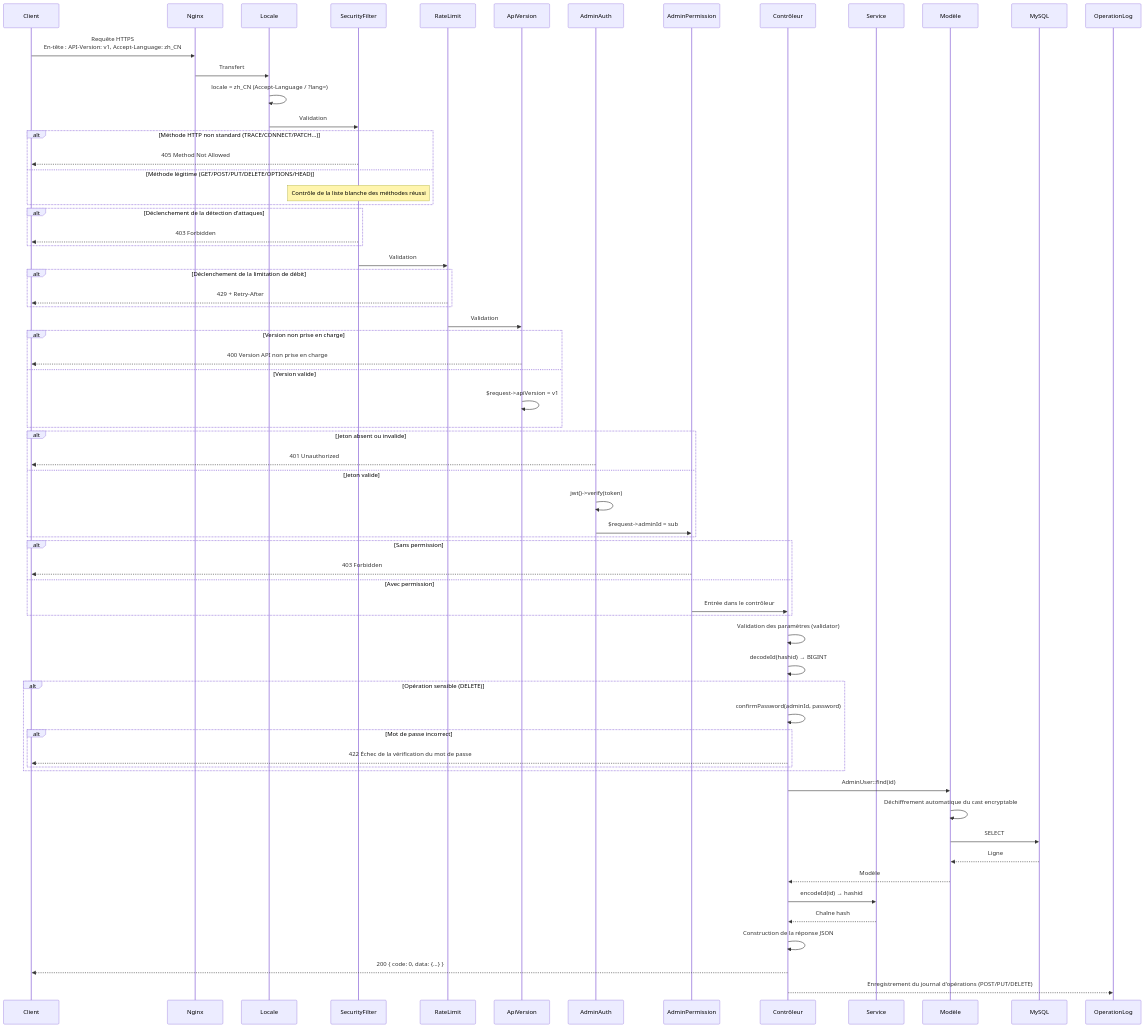
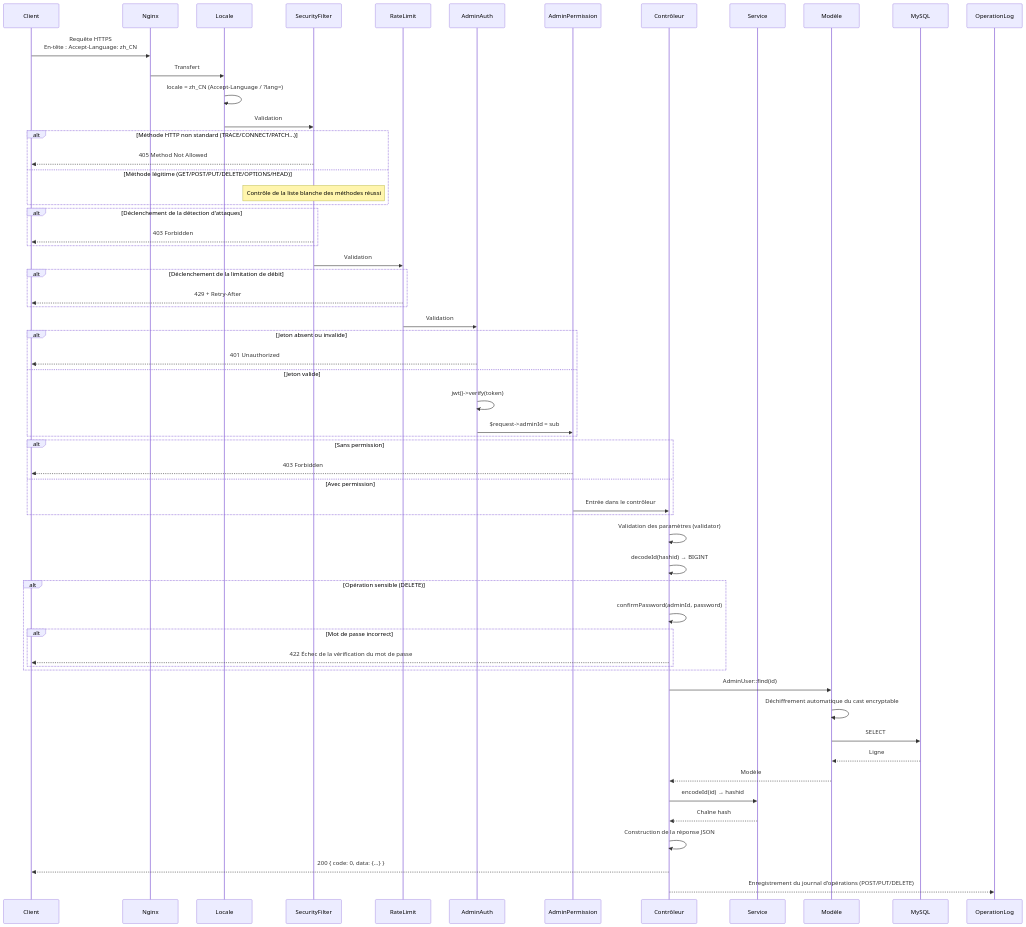
Before and after one commit to erikwang2013/integrated-global-logistics: the third of 14 diagrams in admin/docs/ARCHITECTURE.fr.md, drawn with Mermaid. The commit also changed other lines of this file and 147 other files, not shown here.

First line of the commit message:
feat(api): API 版本号移入 URL 路径（/api/v1），移除 API-Version 头机制

````diff
--- a/admin/docs/ARCHITECTURE.fr.md
+++ b/admin/docs/ARCHITECTURE.fr.md
@@ -147,82 +145,75 @@
 ```mermaid
 sequenceDiagram
     participant C as Client
     participant N as Nginx
     participant MW_LOC as Locale
     participant MW_SF as SecurityFilter
     participant MW_RL as RateLimit
-    participant MW0 as ApiVersion
     participant MW1 as AdminAuth
     participant MW2 as AdminPermission
     participant CTL as Contrôleur
     participant SVC as Service
     participant MDL as Modèle
     participant DB as MySQL
     participant OPLOG as OperationLog
 
-    C->>N: Requête HTTPS<br/>En-tête : API-Version: v1, Accept-Language: zh_CN
+    C->>N: Requête HTTPS<br/>En-tête : Accept-Language: zh_CN
     N->>MW_LOC: Transfert
 
     MW_LOC->>MW_LOC: locale = zh_CN (Accept-Language / ?lang=)
     MW_LOC->>MW_SF: Validation
 
     alt Méthode HTTP non standard (TRACE/CONNECT/PATCH...)
         MW_SF-->>C: 405 Method Not Allowed
     else Méthode légitime (GET/POST/PUT/DELETE/OPTIONS/HEAD)
         Note over MW_SF: Contrôle de la liste blanche des méthodes réussi
     end
 
     alt Déclenchement de la détection d'attaques
         MW_SF-->>C: 403 Forbidden
     end
 
     MW_SF->>MW_RL: Validation
 
     alt Déclenchement de la limitation de débit
         MW_RL-->>C: 429 + Retry-After
     end
 
-    MW_RL->>MW0: Validation
-
-    alt Version non prise en charge
-        MW0-->>C: 400 Version API non prise en charge
-    else Version valide
-        MW0->>MW0: $request->apiVersion = v1
-    end
+    MW_RL->>MW1: Validation
 
     alt Jeton absent ou invalide
         MW1-->>C: 401 Unauthorized
     else Jeton valide
         MW1->>MW1: jwt()->verify(token)
         MW1->>MW2: $request->adminId = sub
     end
 
     alt Sans permission
         MW2-->>C: 403 Forbidden
     else Avec permission
         MW2->>CTL: Entrée dans le contrôleur
     end
 
     CTL->>CTL: Validation des paramètres (validator)
     CTL->>CTL: decodeId(hashid) → BIGINT
 
     alt Opération sensible (DELETE)
         CTL->>CTL: confirmPassword(adminId, password)
         alt Mot de passe incorrect
             CTL-->>C: 422 Échec de la vérification du mot de passe
         end
     end
 
     CTL->>MDL: AdminUser::find(id)
     MDL->>MDL: Déchiffrement automatique du cast encryptable
     MDL->>DB: SELECT
     DB-->>MDL: Ligne
     MDL-->>CTL: Modèle
 
     CTL->>SVC: encodeId(id) → hashid
     SVC-->>CTL: Chaîne hash
 
     CTL->>CTL: Construction de la réponse JSON
     CTL-->>C: 200 { code: 0, data: {...} }
     CTL-->>OPLOG: Enregistrement du journal d'opérations (POST/PUT/DELETE)
 ```
````
